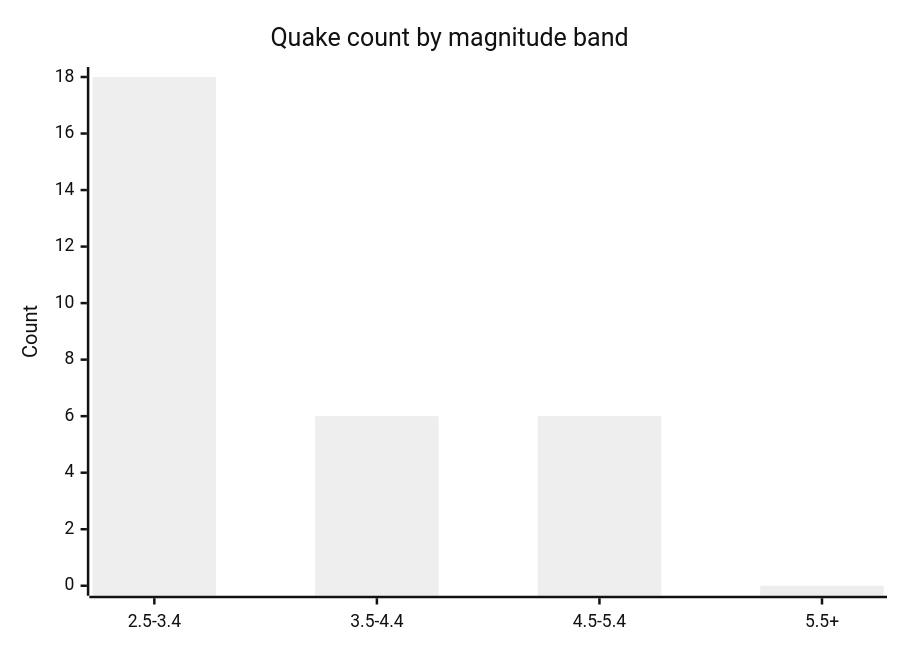
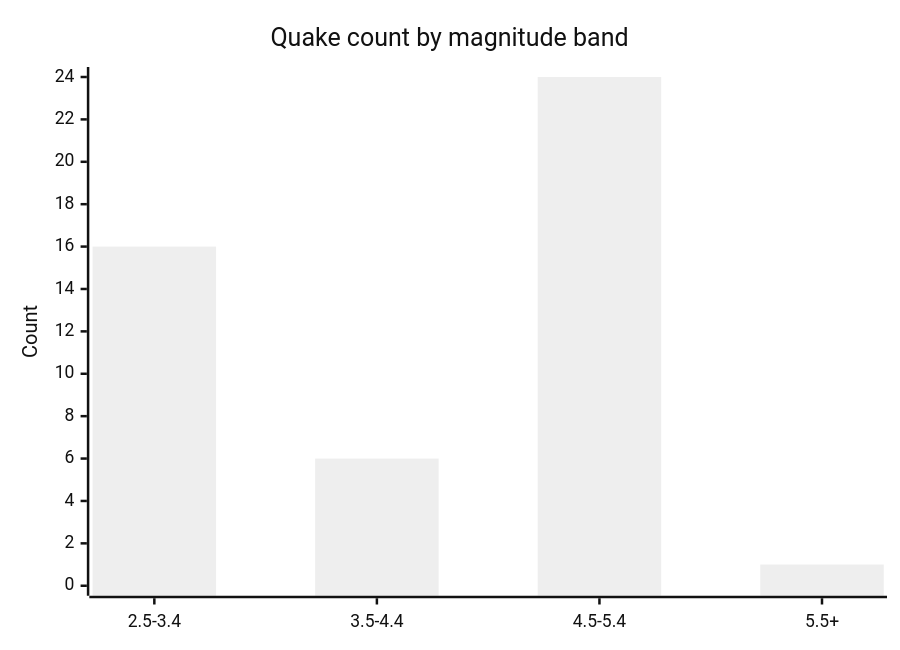
Before and after one commit to Midwest-Stratospheric/aerostratospheric-defense-gir: the fifth of 6 diagrams in docs/GRAPHS.md, drawn with Mermaid (neutral theme). The commit also changed other lines of this file and 25 other files, not shown here.

````diff
--- a/docs/GRAPHS.md
+++ b/docs/GRAPHS.md
@@ -82,7 +82,7 @@
 ```mermaid
 xychart-beta
   title "Quake count by magnitude band"
   x-axis ["2.5-3.4", "3.5-4.4", "4.5-5.4", "5.5+"]
-  y-axis "Count" 0 --> 18
-  bar [18, 6, 6, 0]
+  y-axis "Count" 0 --> 24
+  bar [16, 6, 24, 1]
 ```
````
